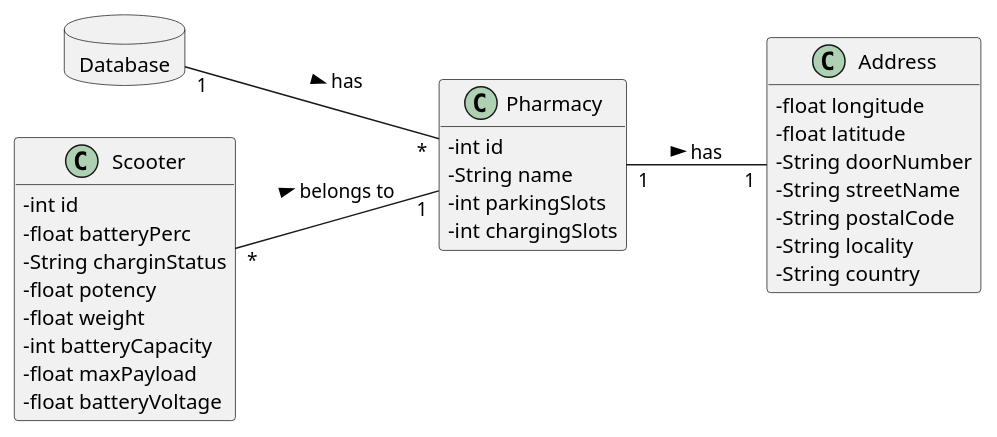
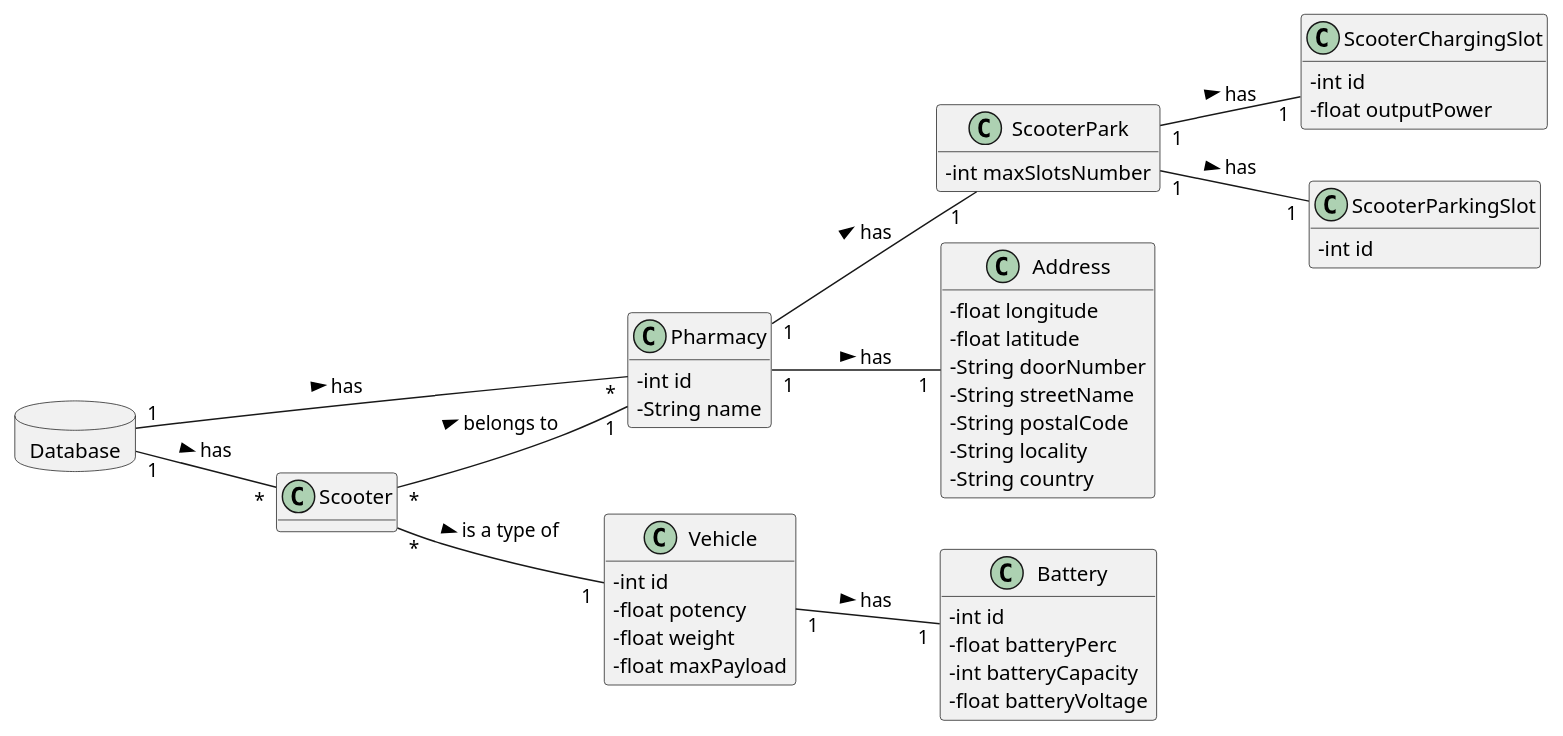
The diagram in docs/Iteration 2/Scooter Management/US57_ScooterInformation/Refinement/US57_DM.puml (tiagoavcosta25/LAPR3), drawn with PlantUML before and after one commit. The commit also changed 15 other files, not shown here.

```diff
--- a/docs/Iteration 2/Scooter Management/US57_ScooterInformation/Refinement/US57_DM.puml
+++ b/docs/Iteration 2/Scooter Management/US57_ScooterInformation/Refinement/US57_DM.puml
@@ -1,42 +1,65 @@
 @startuml
 skinparam classAttributeIconSize 0
 hide methods
 left to right direction
 
 database Database {
 }
 
 class Pharmacy {
   -int id
   -String name
-  -int parkingSlots
-  -int chargingSlots
+}
+
+class ScooterPark{
+-   int maxSlotsNumber
+}
+
+class ScooterChargingSlot{
+-   int id
+-   float outputPower
+}
+
+class ScooterParkingSlot{
+-   int id
 }
 
 class Scooter{
+}
+
+class Vehicle{
+  -int id
+  -float potency
+  -float weight
+  -float maxPayload
+}
+
+class Battery{
   -int id
   -float batteryPerc
-  -String charginStatus
-  -float potency
-  -float weight
   -int batteryCapacity
-  -float maxPayload
   -float batteryVoltage
 }
 
 class Address{
   -float longitude
   -float latitude
   -String doorNumber
   -String streetName
   -String postalCode
   -String locality
   -String country
 }
 
 
 
 Database "1" -- "*" Pharmacy : has >
+Database "1" -- "*" Scooter : has >
 Scooter "*" -- "1" Pharmacy : belongs to >
+Scooter "*" -- "1" Vehicle : is a type of >
+Vehicle "1" -- "1" Battery : has >
 Pharmacy "1" -- "1" Address : has >
+Pharmacy "1" -- "1" ScooterPark : has >
+ScooterPark "1" -- "1" ScooterChargingSlot : has >
+ScooterPark "1" -- "1" ScooterParkingSlot : has >
 @enduml
```
